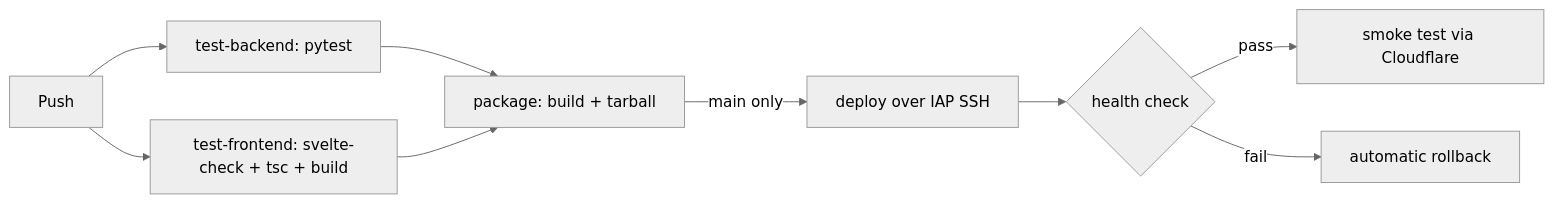
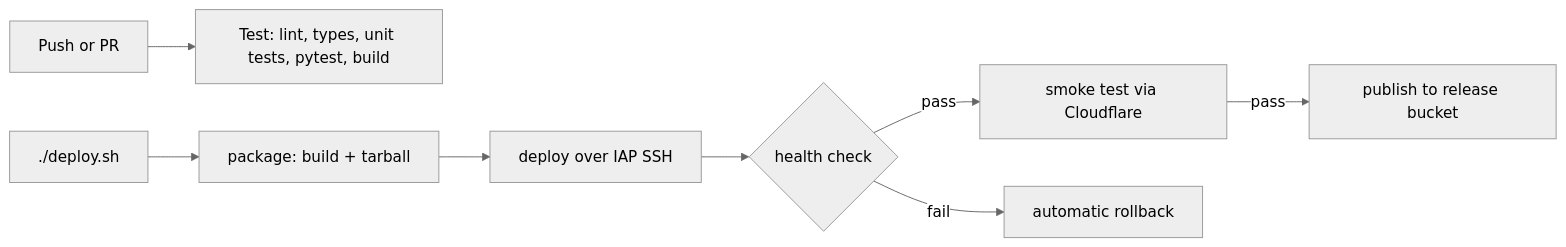
The second of 2 diagrams in frontend/src/content/projects/personal-website-platform.md (DefiantBurger/Website), drawn with Mermaid (neutral theme) before and after one commit. The commit also changed other lines of this file, not shown here.

````diff
--- a/frontend/src/content/projects/personal-website-platform.md
+++ b/frontend/src/content/projects/personal-website-platform.md
@@ -186,11 +174,10 @@
 ```mermaid
 flowchart LR
-    P[Push] --> TB[test-backend: pytest]
-    P --> TF[test-frontend: svelte-check + tsc + build]
-    TB --> PK[package: build + tarball]
-    TF --> PK
-    PK -->|main only| D[deploy over IAP SSH]
+    P[Push or PR] --> T[Test: lint, types, unit tests, pytest, build]
+    M[./deploy.sh] --> PK[package: build + tarball]
+    PK --> D[deploy over IAP SSH]
     D --> H{health check}
     H -->|pass| S[smoke test via Cloudflare]
     H -->|fail| R[automatic rollback]
+    S -->|pass| B[publish to release bucket]
 ```
````
